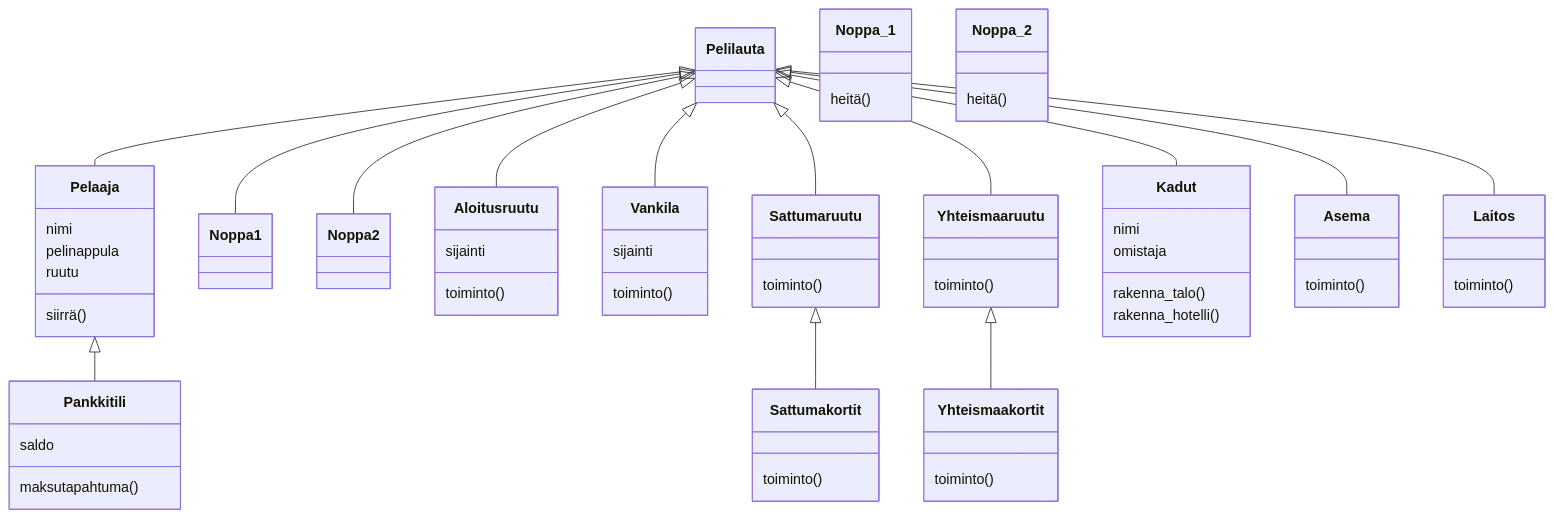
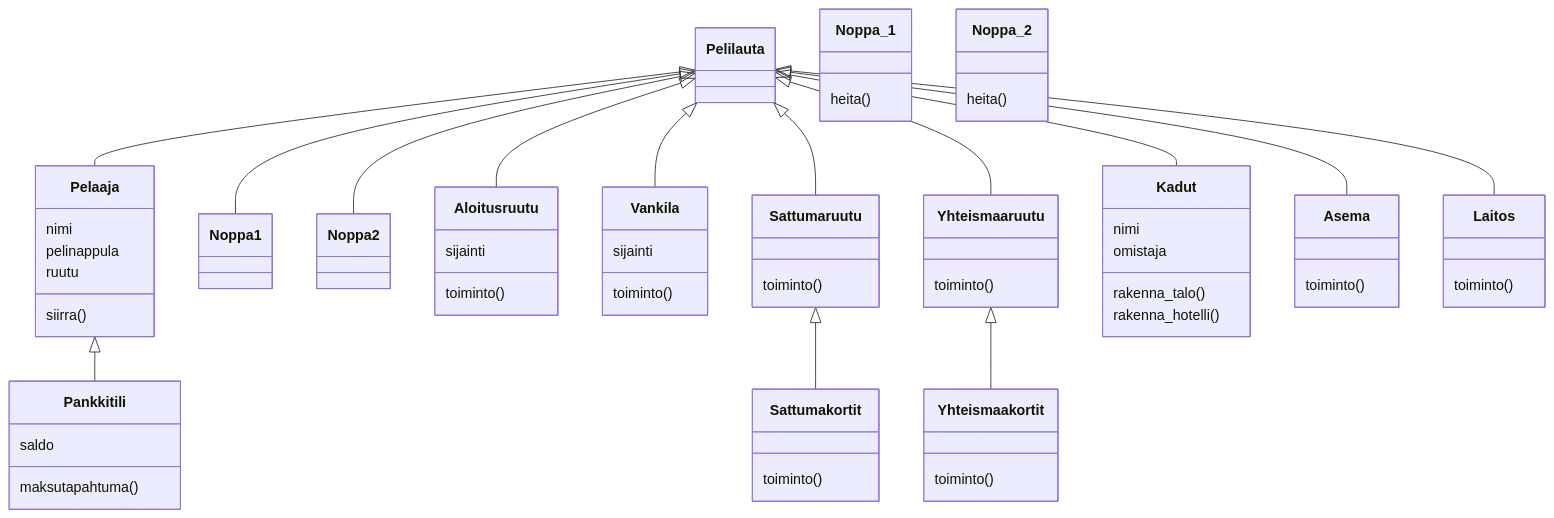
Before and after one commit to nicolaskivimaki/Pac-Man: the diagram in laskarit/viikko3/monopoli_kaavio.md, drawn with Mermaid.

```diff
--- a/laskarit/viikko3/monopoli_kaavio.md
+++ b/laskarit/viikko3/monopoli_kaavio.md
@@ -20,7 +20,7 @@
     class Pelaaja{
       nimi
       pelinappula
-      siirrä()
+      siirra()
       ruutu
 
     }
@@ -30,11 +30,11 @@
     }
 
       class Noppa_1{
-        heitä()
+        heita()
       }
 
       class Noppa_2{      
-        heitä()
+        heita()
       }
       
       class Aloitusruutu{
```
